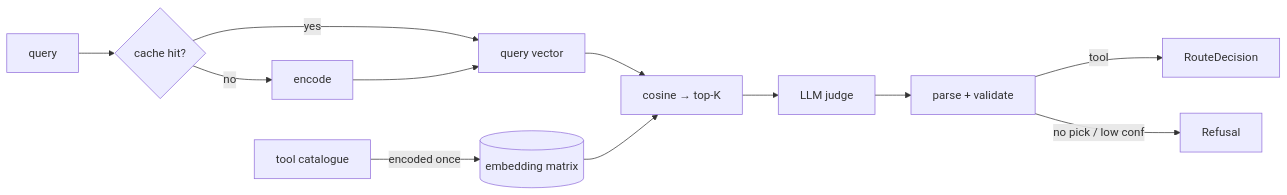
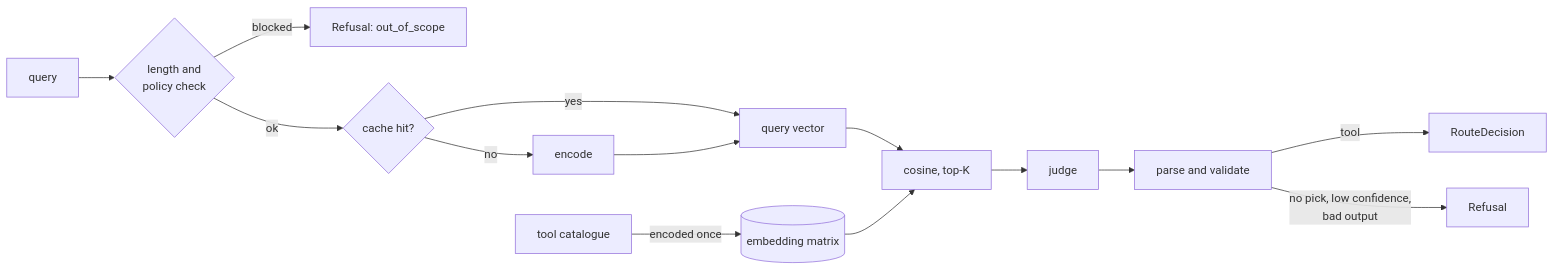
The diagram in README.md (darrshangovender/agent-tool-router), drawn with Mermaid before and after one commit. The commit also changed other lines of this file and 29 other files, not shown here.

````diff
--- a/README.md
+++ b/README.md
@@ -50,13 +104,15 @@
 ```mermaid
 flowchart LR
-    T[tool catalogue] -->|encoded once| M[(embedding matrix)]
-    Q[query] --> C{cache hit?}
+    Q[query] --> L{"length and<br/>policy check"}
+    L -->|blocked| F1["Refusal: out_of_scope"]
+    L -->|ok| C{cache hit?}
     C -->|yes| V[query vector]
     C -->|no| EN[encode] --> V
-    V --> K[cosine → top-K]
+    T[tool catalogue] -->|encoded once| M[(embedding matrix)]
+    V --> K["cosine, top-K"]
     M --> K
-    K --> J[LLM judge]
-    J --> P[parse + validate]
+    K --> J[judge]
+    J --> P["parse and validate"]
     P -->|tool| R[RouteDecision]
-    P -->|no pick / low conf| F[Refusal]
+    P -->|no pick, low confidence,<br/>bad output| F2[Refusal]
 ```
````
